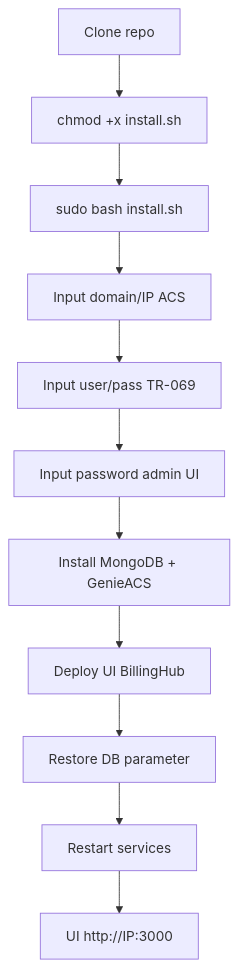
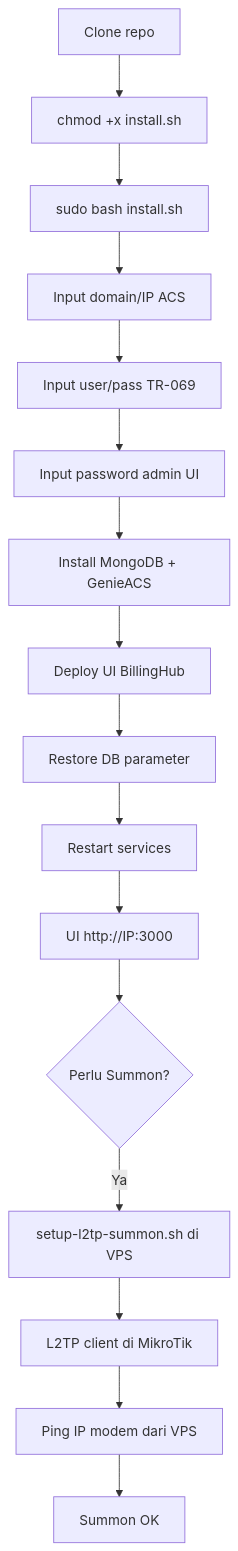
Before and after one commit to msramdan/genieacs-billinghub: the diagram in README.md, drawn with Mermaid. The commit also changed other lines of this file and 9 other files, not shown here.

````diff
--- a/README.md
+++ b/README.md
@@ -24,13 +26,18 @@
 ```mermaid
 flowchart TD
     A[Clone repo] --> B[chmod +x install.sh]
     B --> C[sudo bash install.sh]
     C --> D[Input domain/IP ACS]
     D --> E[Input user/pass TR-069]
     E --> F[Input password admin UI]
     F --> G[Install MongoDB + GenieACS]
     G --> H[Deploy UI BillingHub]
     H --> I[Restore DB parameter]
     I --> J[Restart services]
     J --> K[UI http://IP:3000]
+    K --> L{Perlu Summon?}
+    L -->|Ya| M[setup-l2tp-summon.sh di VPS]
+    M --> N[L2TP client di MikroTik]
+    N --> O[Ping IP modem dari VPS]
+    O --> P[Summon OK]
 ```
````
